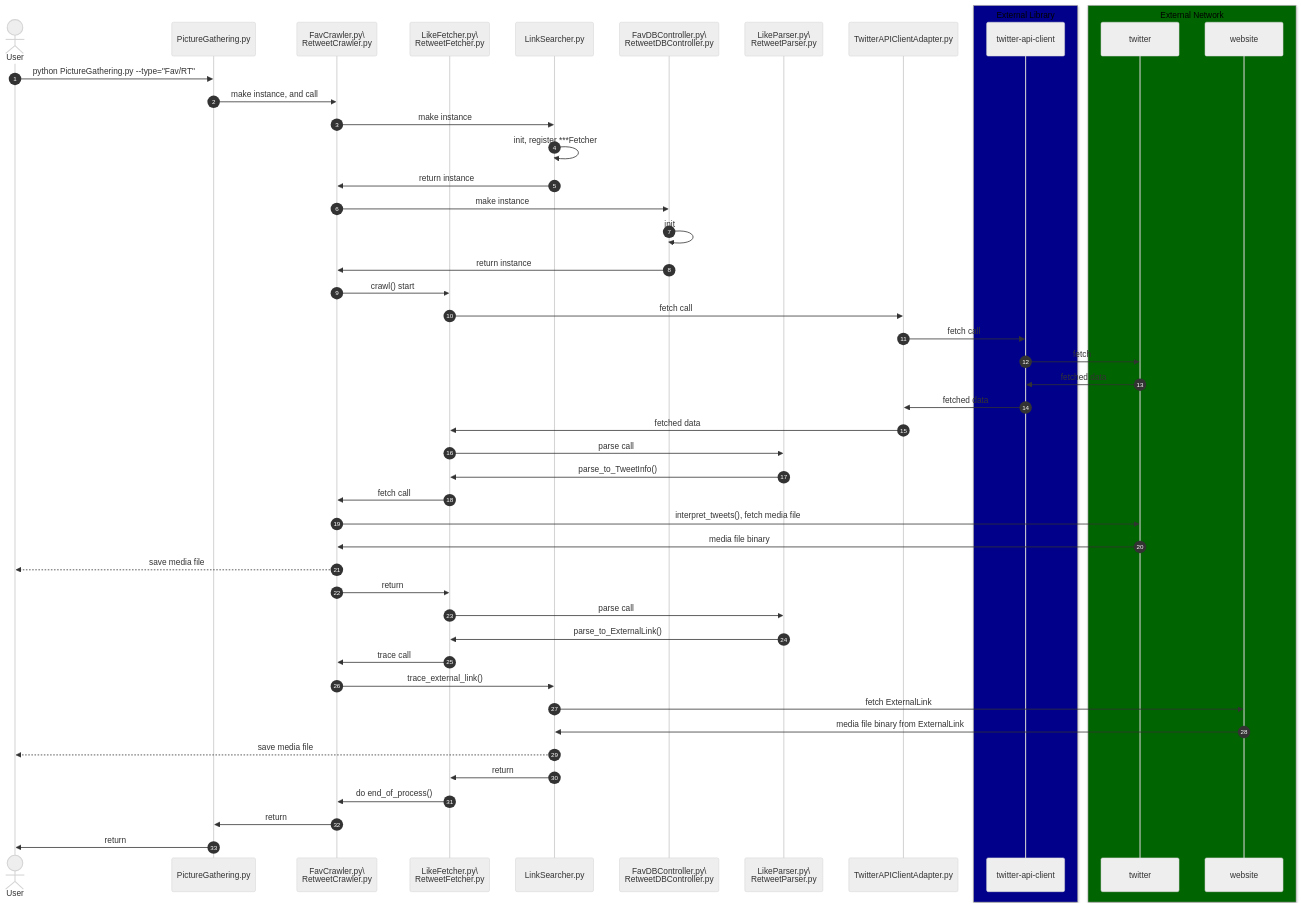
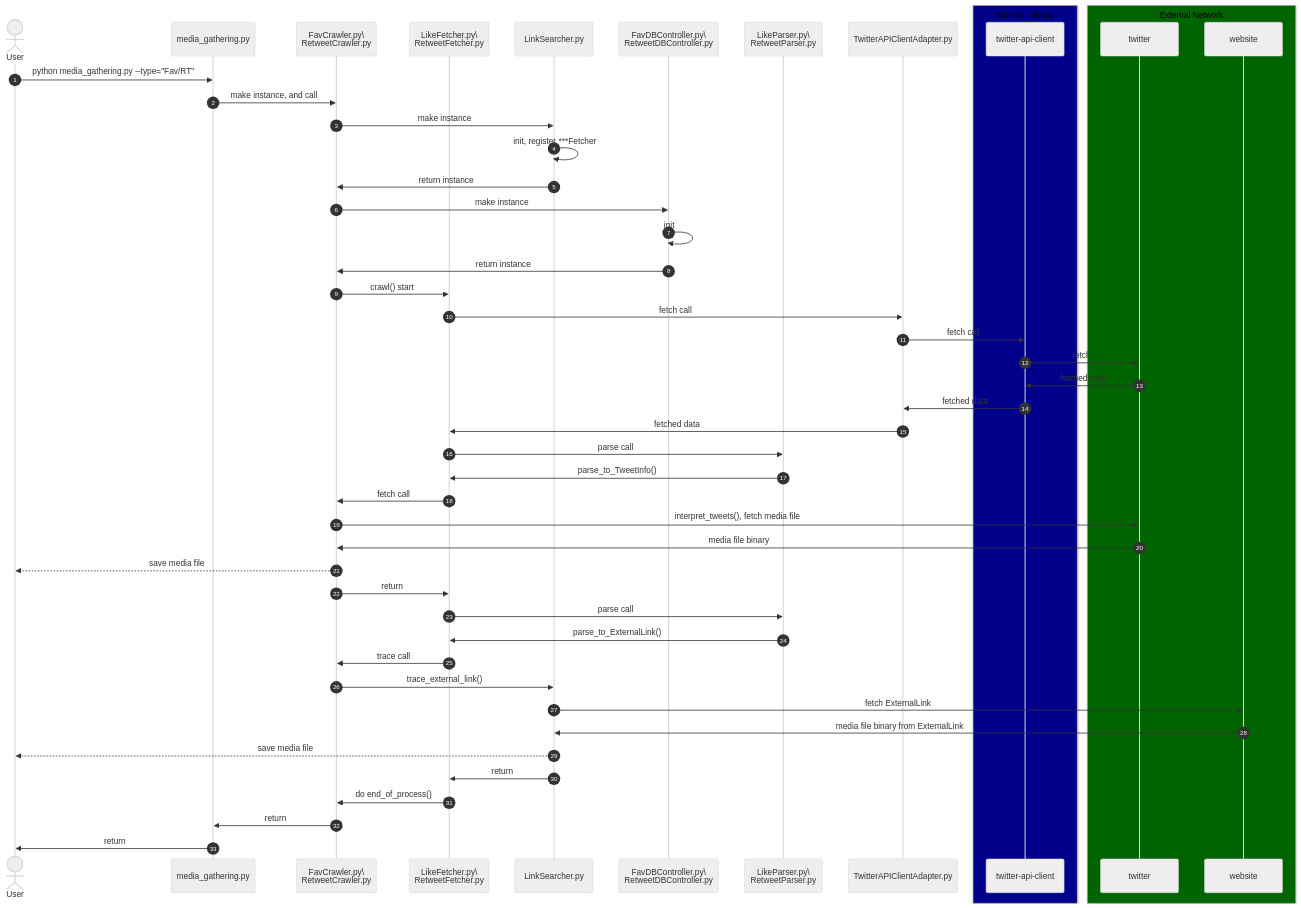
The diagram in mermaid/sequence.md (shift4869/media-gathering), drawn with Mermaid (neutral theme) before and after one commit. The commit also changed 15 other files, not shown here.

````diff
--- a/mermaid/sequence.md
+++ b/mermaid/sequence.md
@@ -1,62 +1,62 @@
 ```mermaid
 sequenceDiagram
     autonumber
 
     actor User
-    participant PictureGathering.py
+    participant media_gathering.py
     participant crawler as FavCrawler.py\<br/>RetweetCrawler.py
     participant fetcher as LikeFetcher.py\<br/>RetweetFetcher.py
     participant LinkSearcher.py
     participant db as FavDBController.py\<br/>RetweetDBController.py
     participant parser as LikeParser.py\<br/>RetweetParser.py
     participant TwitterAPIClientAdapter.py
 
     box DarkBlue External Library
     participant twitter-api-client
     end
 
     box DarkGreen External Network
     participant twitter
     participant website
     end
 
-    User ->> PictureGathering.py: python PictureGathering.py --type="Fav/RT"
-    PictureGathering.py ->> crawler : make instance, and call
+    User ->> media_gathering.py: python media_gathering.py --type="Fav/RT"
+    media_gathering.py ->> crawler : make instance, and call
 
     crawler ->> LinkSearcher.py: make instance
     LinkSearcher.py ->> LinkSearcher.py: init, register ***Fetcher
     LinkSearcher.py ->> crawler: return instance
 
     crawler ->> db: make instance
     db ->> db: init
     db ->> crawler: return instance
 
     crawler ->> fetcher: crawl() start
     fetcher ->> TwitterAPIClientAdapter.py: fetch call
     TwitterAPIClientAdapter.py ->> twitter-api-client: fetch call
     twitter-api-client ->> twitter: fetch
     twitter ->> twitter-api-client: fetched data
     twitter-api-client ->> TwitterAPIClientAdapter.py: fetched data
     TwitterAPIClientAdapter.py ->> fetcher: fetched data
 
     fetcher ->> parser: parse call
     parser ->> fetcher: parse_to_TweetInfo()
     fetcher ->> crawler: fetch call
     crawler ->> twitter: interpret_tweets(), fetch media file
     twitter ->> crawler: media file binary
     crawler -->> User: save media file
     crawler ->> fetcher: return 
 
     fetcher ->> parser: parse call
     parser ->> fetcher: parse_to_ExternalLink()
     fetcher ->> crawler: trace call
     crawler ->> LinkSearcher.py: trace_external_link()
     LinkSearcher.py ->> website: fetch ExternalLink
     website ->> LinkSearcher.py: media file binary from ExternalLink
     LinkSearcher.py -->> User: save media file
     LinkSearcher.py ->> fetcher: return 
 
     fetcher ->> crawler: do end_of_process()
-    crawler ->> PictureGathering.py: return
-    PictureGathering.py ->> User: return
+    crawler ->> media_gathering.py: return
+    media_gathering.py ->> User: return
 ```
````
